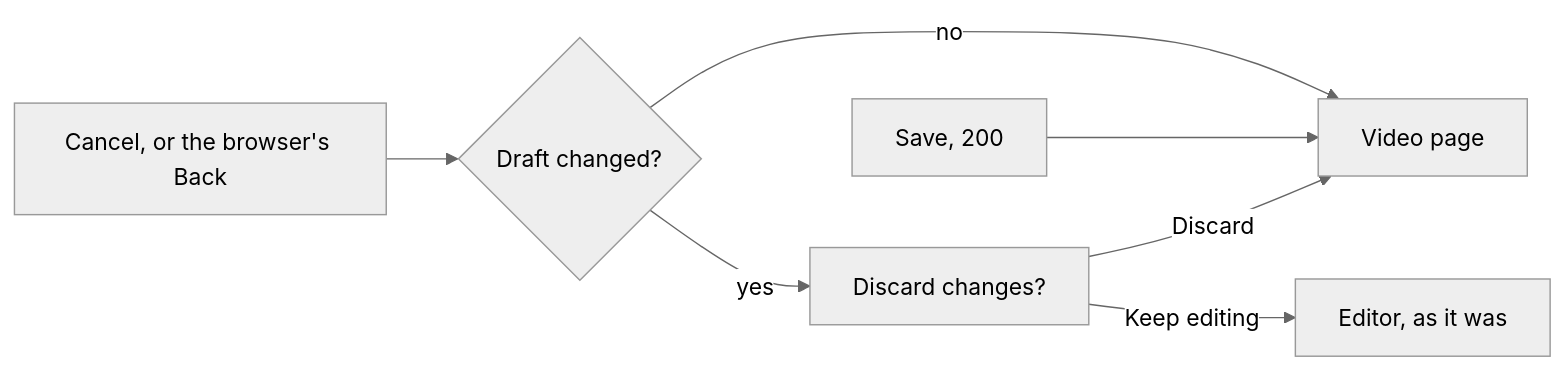
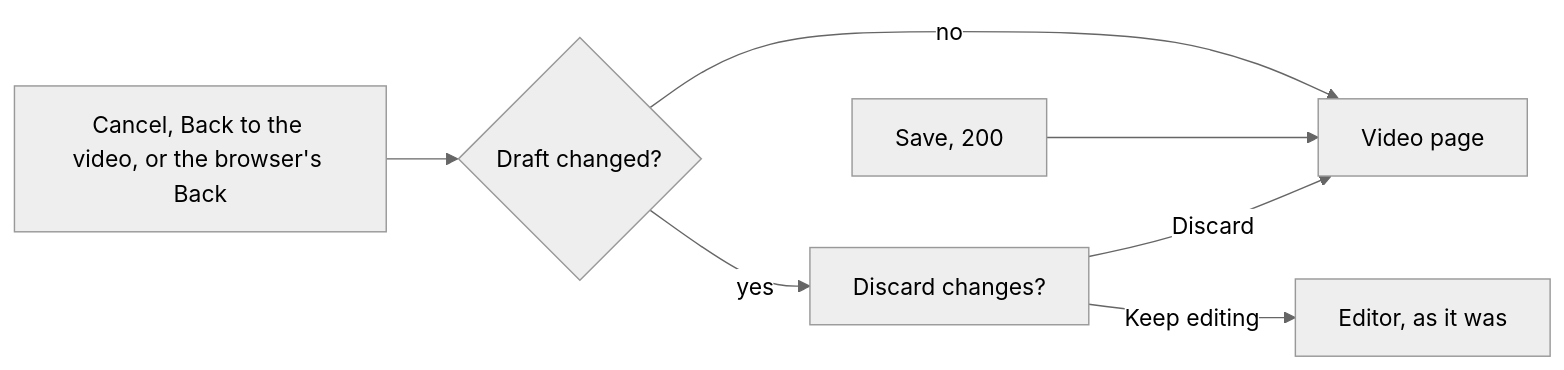
The sixth of 7 diagrams in specs/047-video-work-info/ui-design.md (syudead/vv), drawn with Mermaid (neutral theme) before and after one commit. The commit also changed other lines of this file, not shown here.

````diff
--- a/specs/047-video-work-info/ui-design.md
+++ b/specs/047-video-work-info/ui-design.md
@@ -522,9 +557,9 @@
 ```mermaid
 flowchart LR
-  cancel[Cancel, or the browser's Back] --> changed{Draft changed?}
+  cancel[Cancel, Back to the video, or the browser's Back] --> changed{Draft changed?}
   changed -->|no| page[Video page]
   changed -->|yes| confirm[Discard changes?]
   confirm -->|Discard| page
   confirm -->|Keep editing| editor[Editor, as it was]
   save[Save, 200] --> page
 ```
````
